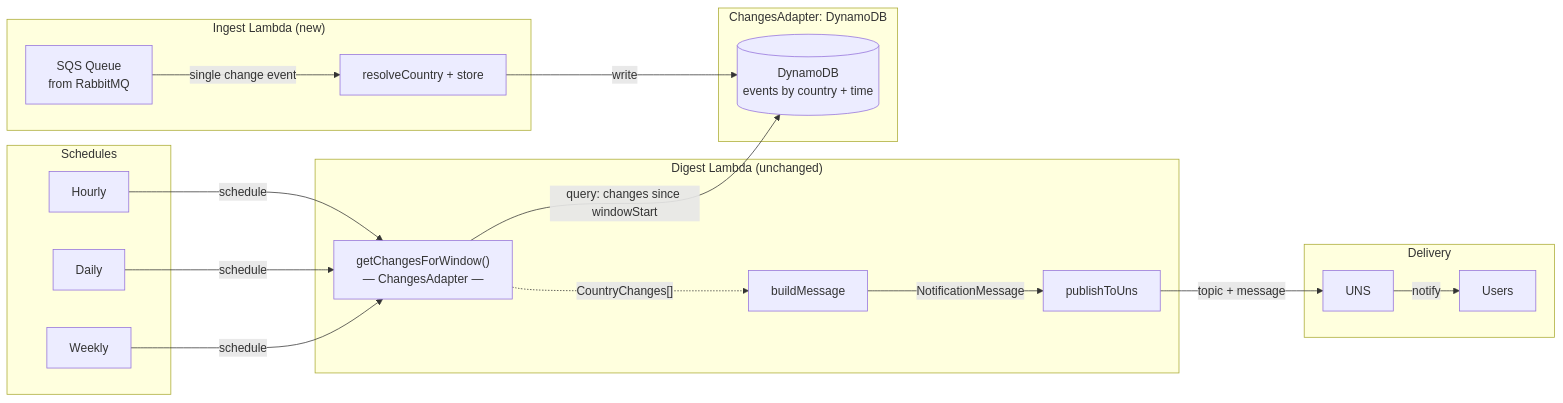
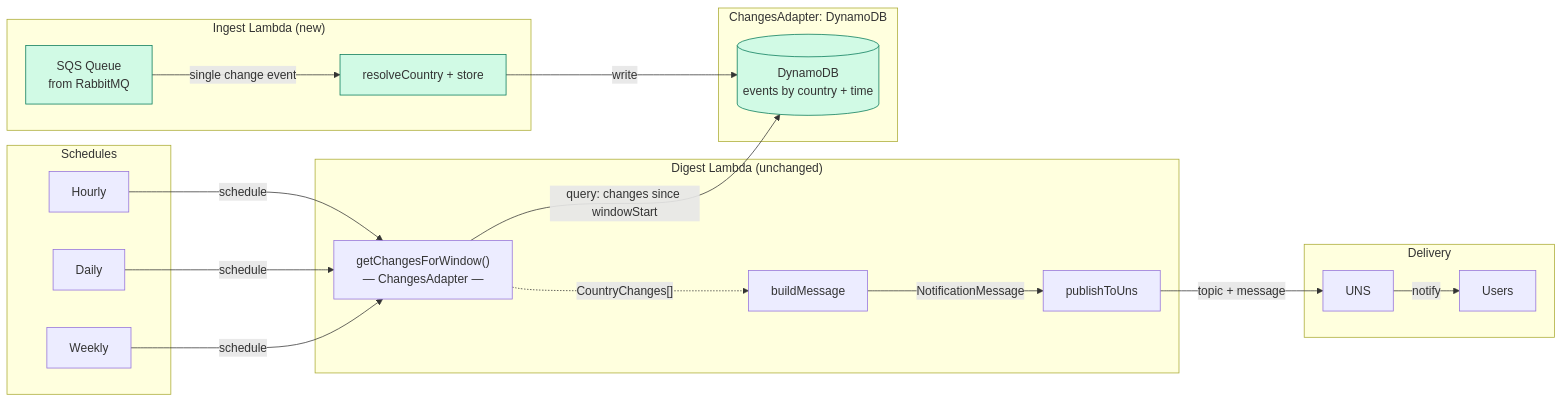
Before and after one commit to govuk-once/events-aggregator: the second of 2 diagrams in README.md, drawn with Mermaid.

Commit message:
docs: highlight new/replaced elements in future architecture diagram
Green fill on SQS queue, Ingest Lambda, and DynamoDB to make clear
what's added to support the new ChangesAdapter.

````diff
--- a/README.md
+++ b/README.md
@@ -180,38 +180,42 @@
 ```mermaid
 flowchart LR
     subgraph "Ingest Lambda (new)"
         Q[SQS Queue\nfrom RabbitMQ]
         IL[resolveCountry + store]
     end
 
     subgraph Schedules
         H[Hourly]
         D[Daily]
         W[Weekly]
     end
 
     subgraph "Digest Lambda (unchanged)"
         GCW["getChangesForWindow()\n— ChangesAdapter —"]
         Build[buildMessage]
         Pub[publishToUns]
     end
 
     subgraph "ChangesAdapter: DynamoDB"
         DB[(DynamoDB\nevents by country + time)]
     end
 
     subgraph Delivery
         UNS[UNS]
         Users[Users]
     end
 
     Q -->|single change event| IL
     IL -->|write| DB
 
     H & D & W -->|schedule| GCW
     GCW -->|"query: changes since windowStart"| DB
     GCW -.->|"CountryChanges[]"| Build
     Build -->|NotificationMessage| Pub
     Pub -->|topic + message| UNS
     UNS -->|notify| Users
+
+    style Q fill:#d1fae5,stroke:#047857
+    style IL fill:#d1fae5,stroke:#047857
+    style DB fill:#d1fae5,stroke:#047857
 ```
````
